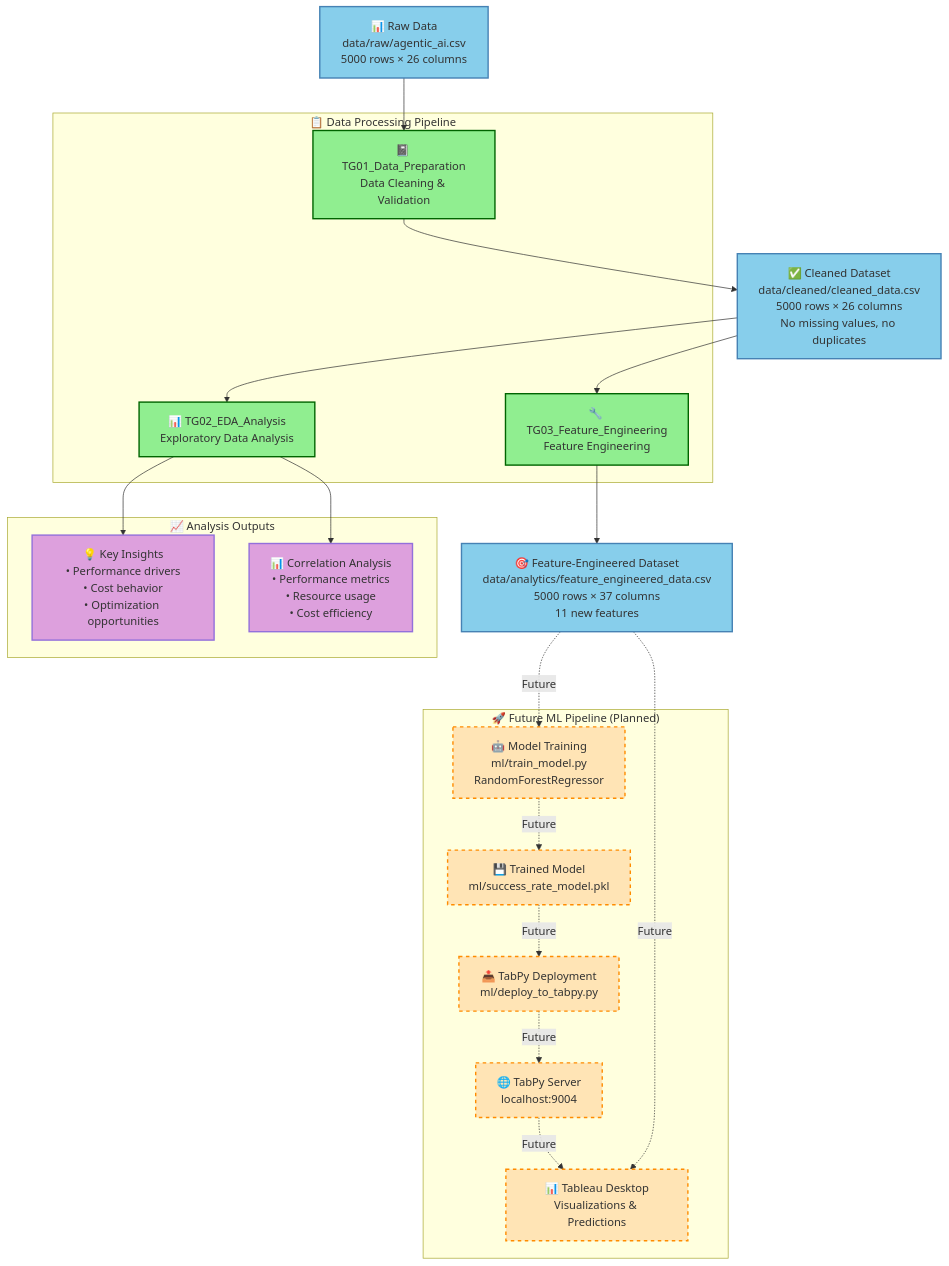
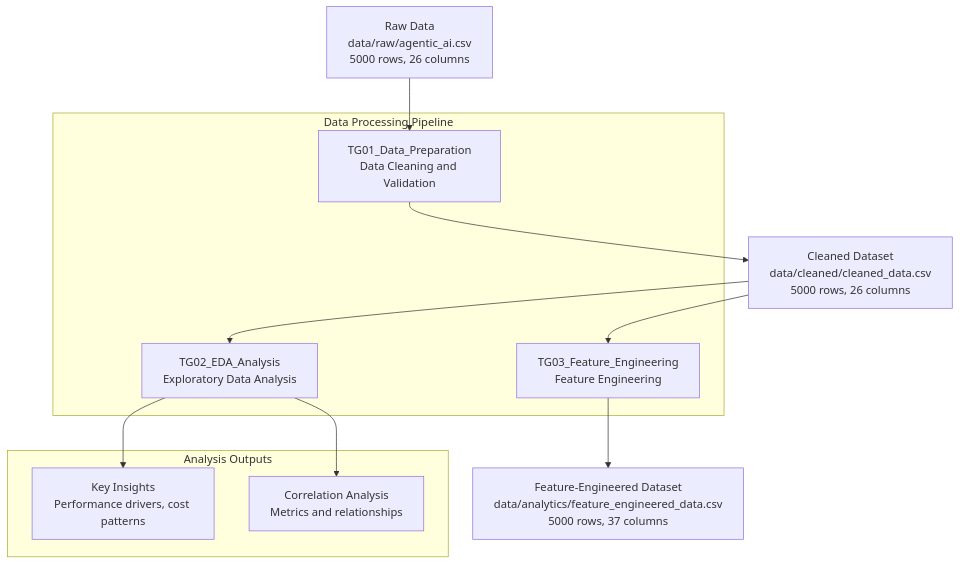
Before and after one commit to Mrnidhi/agentic-cost-performance-analysis: the diagram in README.md, drawn with Mermaid. The commit also changed other lines of this file, not shown here.

Commit message:
last fix

````diff
--- a/README.md
+++ b/README.md
@@ -22,59 +22,26 @@
 ```mermaid
-graph TB
-    %% Data Sources
-    RawData[📊 Raw Data<br/>data/raw/agentic_ai.csv<br/>5000 rows × 26 columns]
+flowchart TB
+    RawData[Raw Data<br/>data/raw/agentic_ai.csv<br/>5000 rows, 26 columns]
     
-    %% Data Processing Pipeline
-    subgraph Pipeline["📋 Data Processing Pipeline"]
-        Step1[📓 TG01_Data_Preparation<br/>Data Cleaning & Validation]
-        Step2[📊 TG02_EDA_Analysis<br/>Exploratory Data Analysis]
-        Step3[🔧 TG03_Feature_Engineering<br/>Feature Engineering]
+    subgraph Pipeline["Data Processing Pipeline"]
+        Step1[TG01_Data_Preparation<br/>Data Cleaning and Validation]
+        Step2[TG02_EDA_Analysis<br/>Exploratory Data Analysis]
+        Step3[TG03_Feature_Engineering<br/>Feature Engineering]
     end
     
-    %% Data Artifacts
-    CleanedData[✅ Cleaned Dataset<br/>data/cleaned/cleaned_data.csv<br/>5000 rows × 26 columns<br/>No missing values, no duplicates]
-    FeatureData[🎯 Feature-Engineered Dataset<br/>data/analytics/feature_engineered_data.csv<br/>5000 rows × 37 columns<br/>11 new features]
+    CleanedData[Cleaned Dataset<br/>data/cleaned/cleaned_data.csv<br/>5000 rows, 26 columns]
+    FeatureData[Feature-Engineered Dataset<br/>data/analytics/feature_engineered_data.csv<br/>5000 rows, 37 columns]
     
-    %% Analysis Outputs
-    subgraph Analysis["📈 Analysis Outputs"]
-        Insights[💡 Key Insights<br/>• Performance drivers<br/>• Cost behavior<br/>• Optimization opportunities]
-        Correlations[📊 Correlation Analysis<br/>• Performance metrics<br/>• Resource usage<br/>• Cost efficiency]
+    subgraph Analysis["Analysis Outputs"]
+        Insights[Key Insights<br/>Performance drivers, cost patterns]
+        Correlations[Correlation Analysis<br/>Metrics and relationships]
     end
     
-    %% Future ML Pipeline
-    subgraph FutureML["🚀 Future ML Pipeline (Planned)"]
-        TrainModel[🤖 Model Training<br/>ml/train_model.py<br/>RandomForestRegressor]
-        ModelArtifact[💾 Trained Model<br/>ml/success_rate_model.pkl]
-        TabPyDeploy[📤 TabPy Deployment<br/>ml/deploy_to_tabpy.py]
-        TabPyServer[🌐 TabPy Server<br/>localhost:9004]
-        Tableau[📊 Tableau Desktop<br/>Visualizations & Predictions]
-    end
-    
-    %% Data Flow
     RawData --> Step1
     Step1 --> CleanedData
     CleanedData --> Step2
     Step2 --> Correlations
     Step2 --> Insights
     CleanedData --> Step3
     Step3 --> FeatureData
-    
-    %% Future ML Flow
-    FeatureData -.->|Future| TrainModel
-    TrainModel -.->|Future| ModelArtifact
-    ModelArtifact -.->|Future| TabPyDeploy
-    TabPyDeploy -.->|Future| TabPyServer
-    TabPyServer -.->|Future| Tableau
-    FeatureData -.->|Future| Tableau
-    
-    %% Styling
-    classDef completed fill:#90EE90,stroke:#006400,stroke-width:2px
-    classDef future fill:#FFE4B5,stroke:#FF8C00,stroke-width:2px,stroke-dasharray: 5 5
-    classDef data fill:#87CEEB,stroke:#4682B4,stroke-width:2px
-    classDef analysis fill:#DDA0DD,stroke:#9370DB,stroke-width:2px
-    
-    class RawData,CleanedData,FeatureData data
-    class Step1,Step2,Step3 completed
-    class TrainModel,ModelArtifact,TabPyDeploy,TabPyServer,Tableau future
-    class Insights,Correlations analysis
 ```
````
